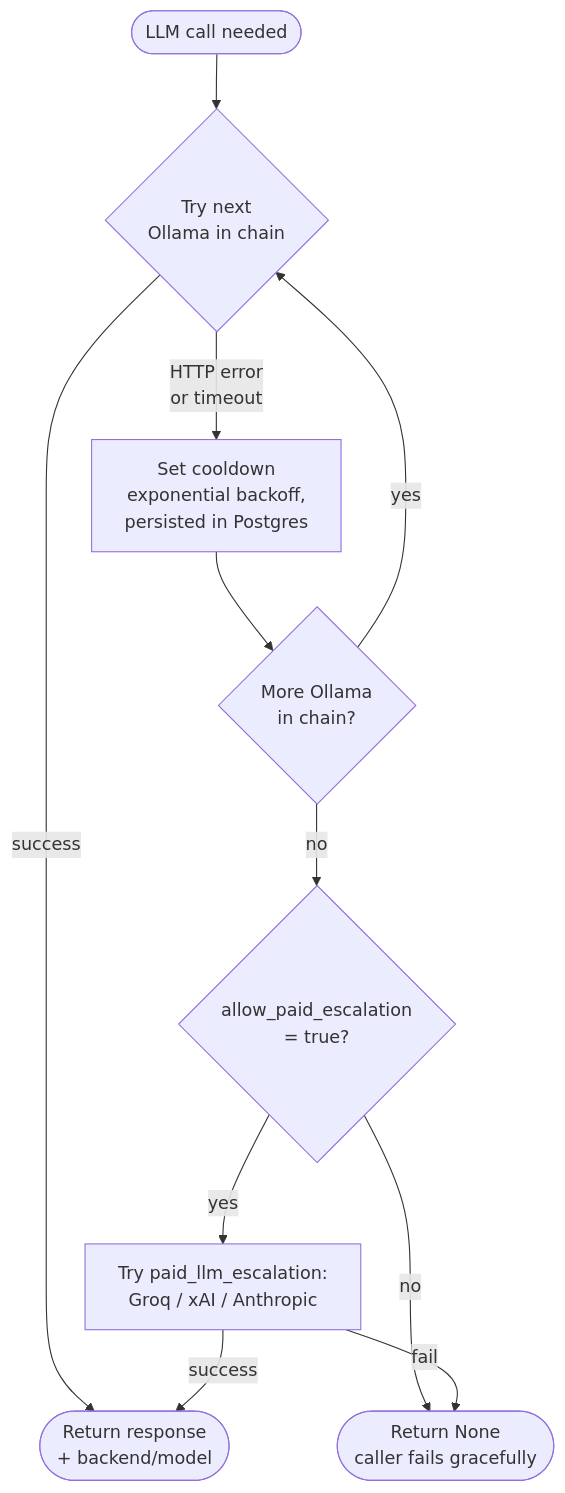
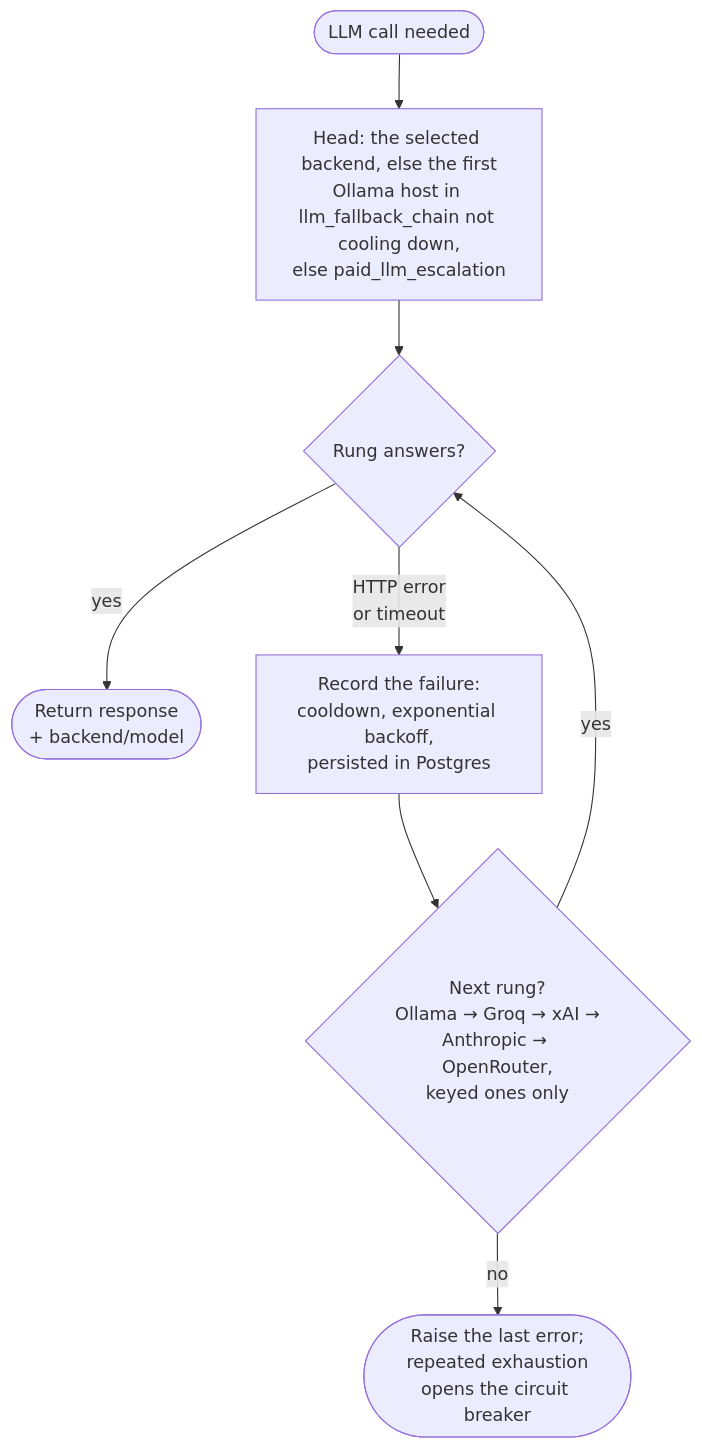
One commit to aachtenberg/cfoperator changed the second of 2 diagrams in README.md. Above: the diagram before and after it, drawn with Mermaid. The commit also changed other lines of this file and 50 other files, not shown here.

````diff
--- a/README.md
+++ b/README.md
@@ -140,13 +153,10 @@
 ```mermaid
 flowchart TD
-    Start([LLM call needed]) --> Local{Try next<br/>Ollama in chain}
-    Local -->|success| Done([Return response<br/>+ backend/model])
-    Local -->|HTTP error<br/>or timeout| Cooldown[Set cooldown<br/>exponential backoff,<br/>persisted in Postgres]
-    Cooldown --> More{More Ollama<br/>in chain?}
-    More -->|yes| Local
-    More -->|no| Gate{allow_paid_escalation<br/>= true?}
-    Gate -->|no| Fail([Return None<br/>caller fails gracefully])
-    Gate -->|yes| Paid[Try paid_llm_escalation:<br/>Groq / xAI / Anthropic]
-    Paid -->|success| Done
-    Paid -->|fail| Fail
+    Start([LLM call needed]) --> Head["Head: the selected backend, else the first<br/>Ollama host in llm_fallback_chain not cooling down,<br/>else paid_llm_escalation"]
+    Head --> Try{Rung answers?}
+    Try -->|yes| Done([Return response<br/>+ backend/model])
+    Try -->|HTTP error<br/>or timeout| Cooldown[Record the failure:<br/>cooldown, exponential backoff,<br/>persisted in Postgres]
+    Cooldown --> More{"Next rung?<br/>Ollama → Groq → xAI →<br/>Anthropic → OpenRouter,<br/>keyed ones only"}
+    More -->|yes| Try
+    More -->|no| Fail([Raise the last error;<br/>repeated exhaustion<br/>opens the circuit breaker])
 ```
````
